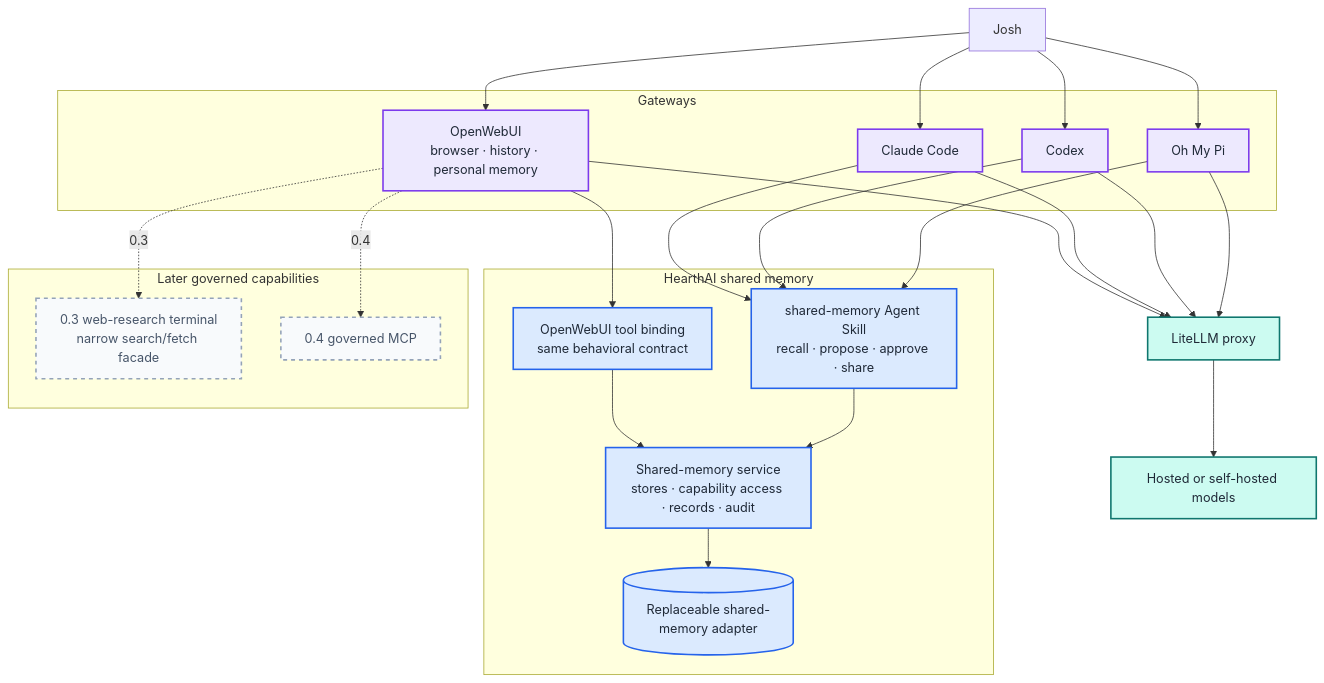
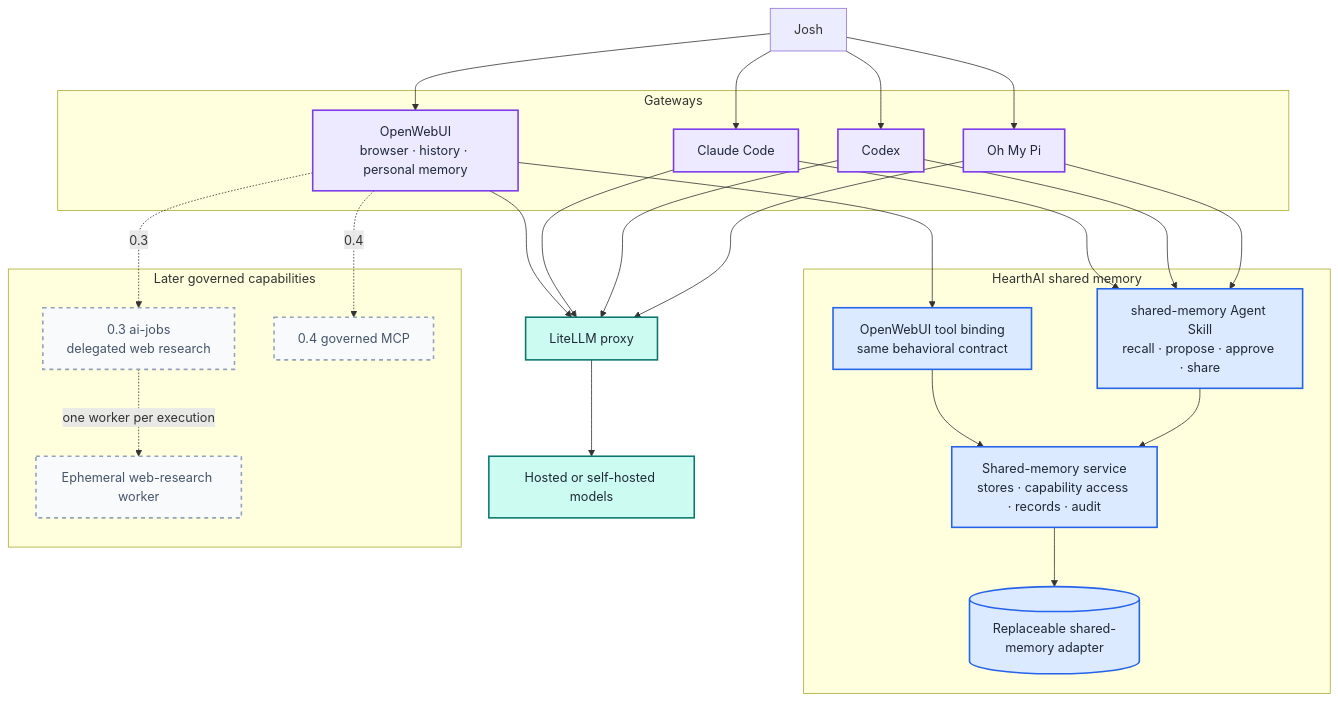
One commit to jokajak/hearthai changed the first of 6 diagrams in docs/ARCHITECTURE.md. Above: the diagram before and after it, drawn with Mermaid. The commit also changed other lines of this file and 2 other files, not shown here.

Commit message:
docs: plan extensible web research implementation

````diff
--- a/docs/ARCHITECTURE.md
+++ b/docs/ARCHITECTURE.md
@@ -22,58 +22,60 @@
 ```mermaid
 flowchart TB
     USER["Josh"]
 
     subgraph GATEWAYS["Gateways"]
         OW["OpenWebUI<br/>browser · history · personal memory"]
         CC["Claude Code"]
         CX["Codex"]
         OMP["Oh My Pi"]
     end
 
     subgraph MEMORY["HearthAI shared memory"]
         SKILL["shared-memory Agent Skill<br/>recall · propose · approve · share"]
         OWADAPTER["OpenWebUI tool binding<br/>same behavioral contract"]
         SERVICE["Shared-memory service<br/>stores · capability access · records · audit"]
         STORE[("Replaceable shared-memory adapter")]
     end
 
     subgraph LATER["Later governed capabilities"]
-        FETCH["0.3 web-research terminal<br/>narrow search/fetch facade"]
+        JOBS["0.3 ai-jobs<br/>delegated web research"]
+        WORKER["Ephemeral web-research worker"]
         MCP["0.4 governed MCP"]
     end
 
     LITELLM["LiteLLM proxy"]
     MODELS["Hosted or self-hosted models"]
 
     USER --> OW
     USER --> CC
     USER --> CX
     USER --> OMP
 
     OW --> LITELLM
     CC --> LITELLM
     CX --> LITELLM
     OMP --> LITELLM
     LITELLM --> MODELS
 
     OW --> OWADAPTER
     CC --> SKILL
     CX --> SKILL
     OMP --> SKILL
     OWADAPTER --> SERVICE
     SKILL --> SERVICE
     SERVICE --> STORE
 
-    OW -. "0.3" .-> FETCH
+    OW -. "0.3" .-> JOBS
+    JOBS -. "one worker per execution" .-> WORKER
     OW -. "0.4" .-> MCP
 
     classDef gateway fill:#ede9fe,stroke:#7c3aed,stroke-width:2px,color:#1f2937
     classDef memory fill:#dbeafe,stroke:#2563eb,stroke-width:2px,color:#1f2937
     classDef platform fill:#ccfbf1,stroke:#0f766e,stroke-width:2px,color:#1f2937
     classDef deferred fill:#f8fafc,stroke:#94a3b8,stroke-width:2px,stroke-dasharray:5 5,color:#475569
 
     class OW,CC,CX,OMP gateway
     class SKILL,OWADAPTER,SERVICE,STORE memory
     class LITELLM,MODELS platform
-    class FETCH,MCP deferred
+    class JOBS,WORKER,MCP deferred
 ```
````
